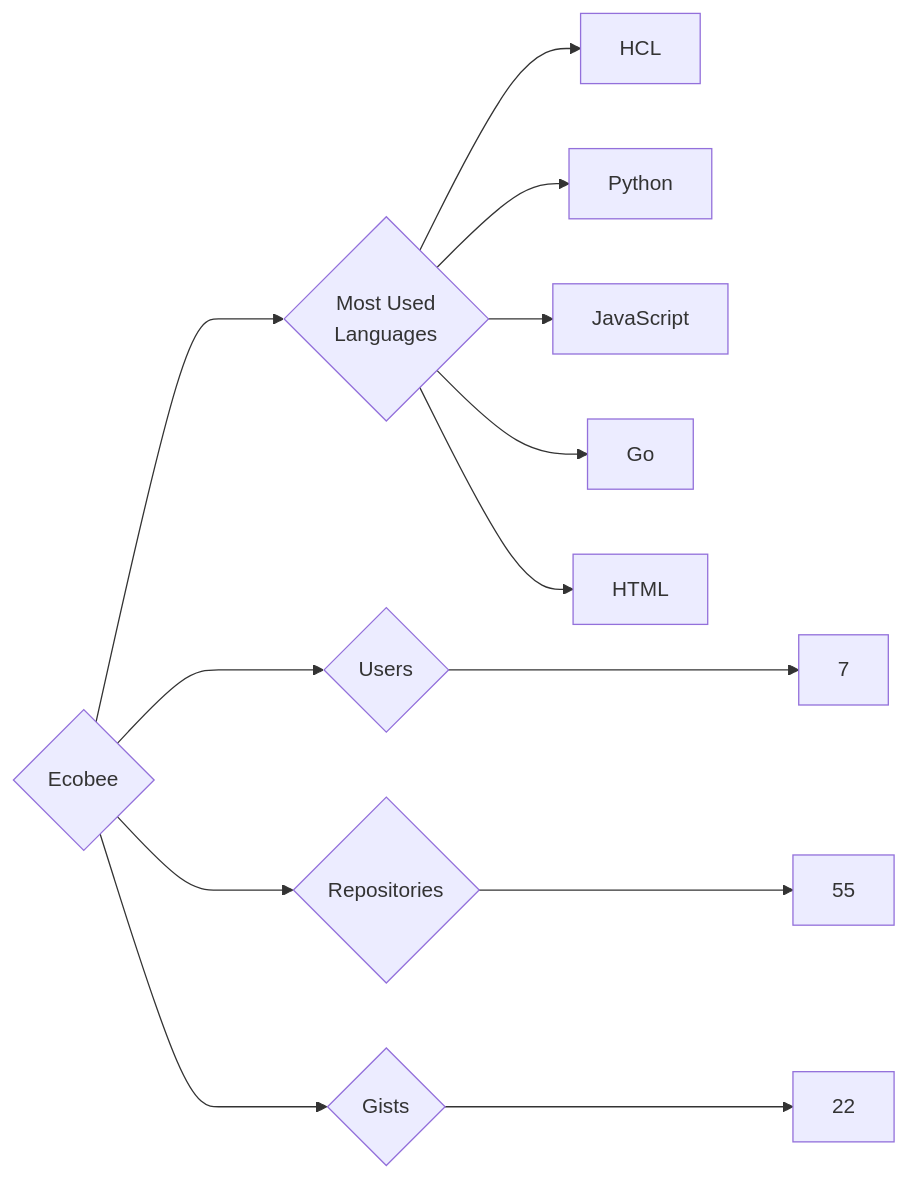
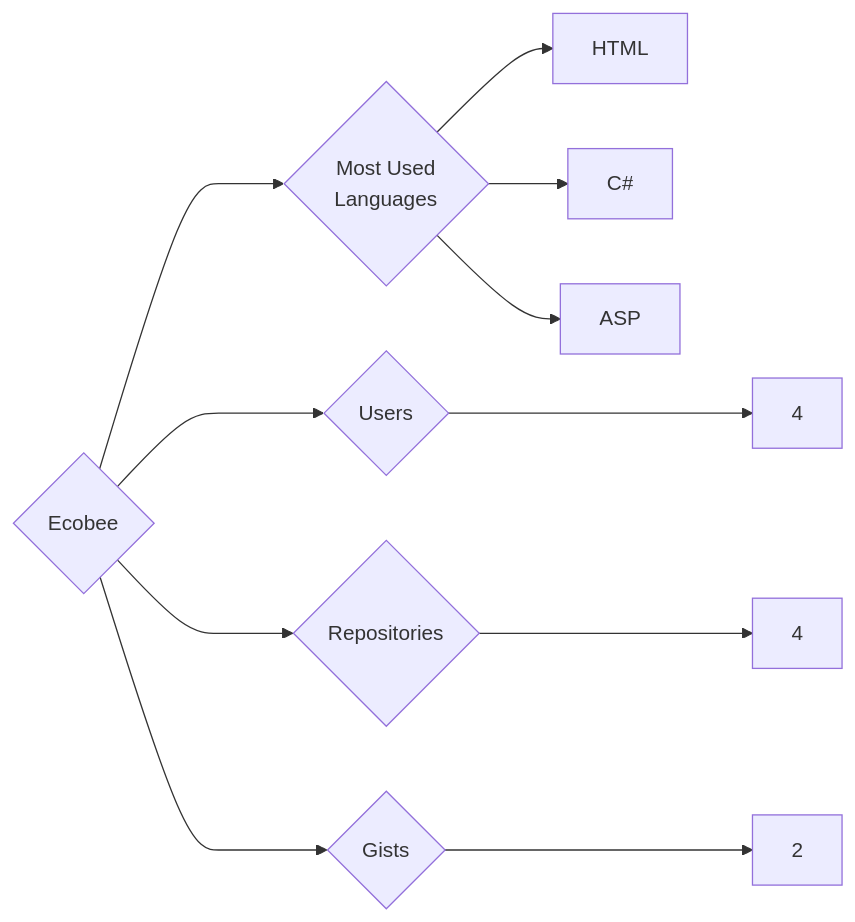
One commit to trickest/insiders changed the diagram in targets/Ecobee/README.md. Above: the diagram before and after it, drawn with Mermaid. The commit also changed 1148 other files, not shown here.

````diff
--- a/targets/Ecobee/README.md
+++ b/targets/Ecobee/README.md
@@ -3,13 +3,11 @@
 ```mermaid
 graph LR
 COMPANY_NAME{Ecobee}
-COMPANY_NAME ---> U{Users} ---> UN[7]
-COMPANY_NAME ---> R{Repositories} ---> RN[55]
-COMPANY_NAME ---> G{Gists} ---> GN[22]
+COMPANY_NAME ---> U{Users} ---> UN[4]
+COMPANY_NAME ---> R{Repositories} ---> RN[4]
+COMPANY_NAME ---> G{Gists} ---> GN[2]
 COMPANY_NAME ---> ML{Most Used<br>Languages}
-ML --> HCL[HCL]
-ML --> Python[Python]
-ML --> JavaScript[JavaScript]
-ML --> Go[Go]
 ML --> HTML[HTML]
+ML --> C#[C#]
+ML --> ASP[ASP]
 ```
````
